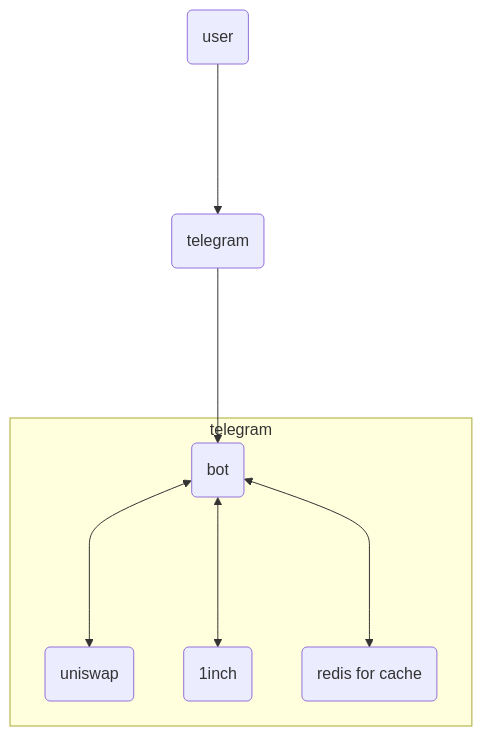
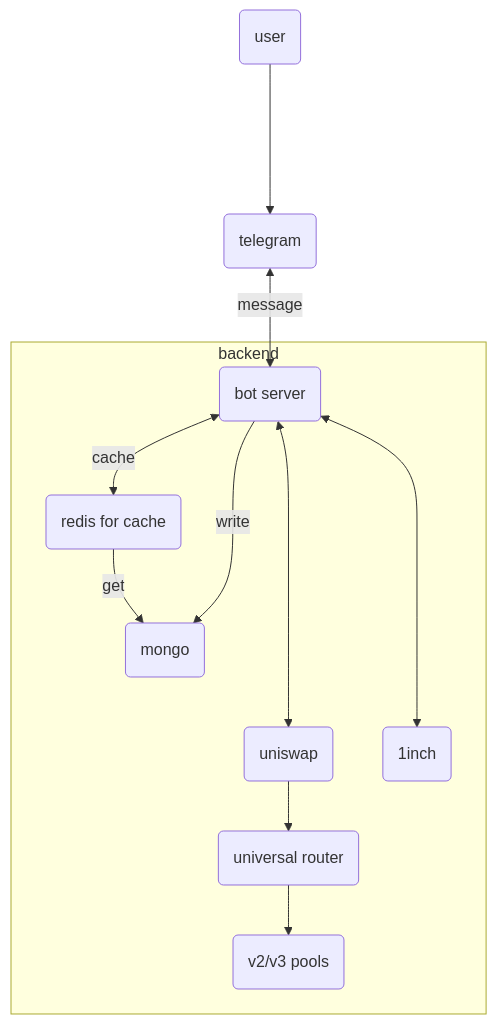
One commit to yushaku/telegram_bot changed the diagram in README.md. Above: the diagram before and after it, drawn with Mermaid. The commit also changed other lines of this file and 17 other files, not shown here.

````diff
--- a/README.md
+++ b/README.md
@@ -23,11 +14,13 @@
 ```mermaid
 flowchart TB
 1(user) ----> 2(telegram)
-2 ---->3(bot)
+2 <--message-->3(bot server)
 
-subgraph telegram
-3 <----> 4(uniswap)
+subgraph backend
+3 <----> 4(uniswap) --> 4.1(universal router) --> 4.2(v2/v3 pools)
 3 <----> 5(1inch)
-3 <----> 6(redis for cache)
+3 <--cache--> 6(redis for cache)
+6 --get--> 7(mongo)
+3 --write-->7
 end
 ```
````
